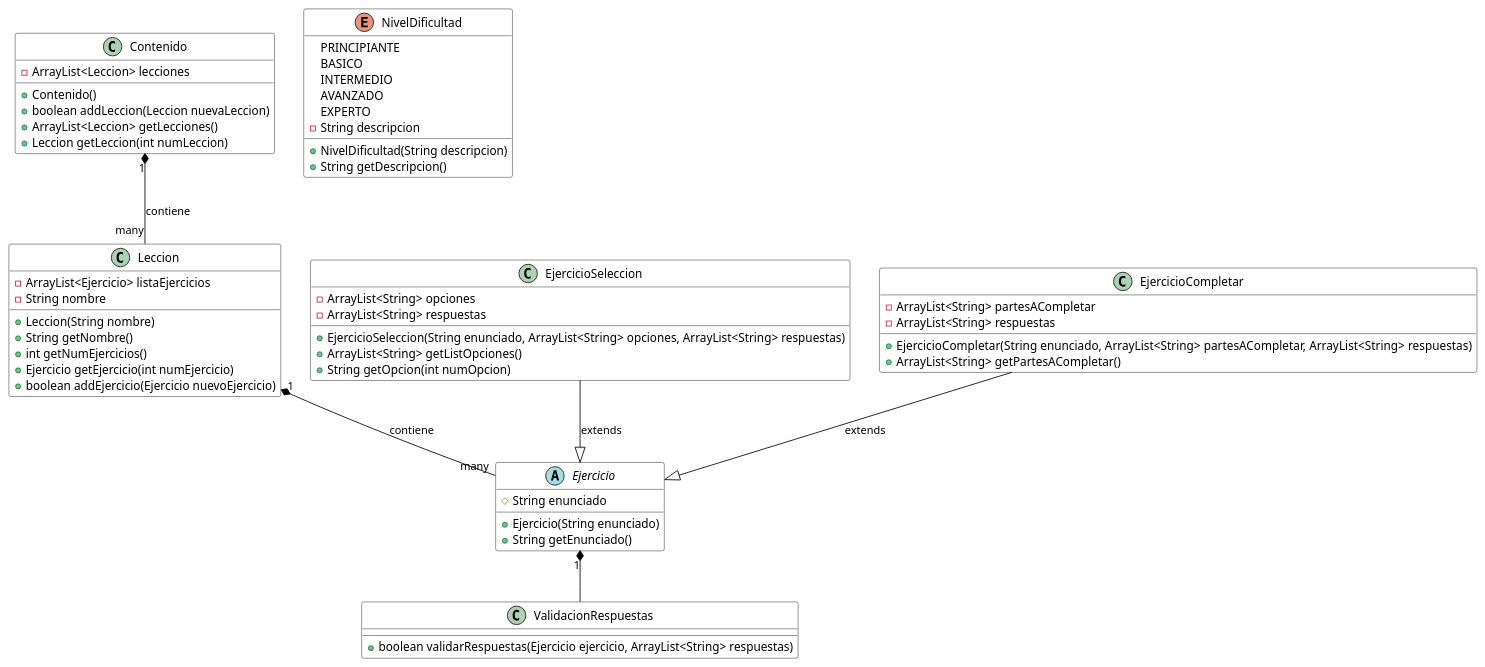
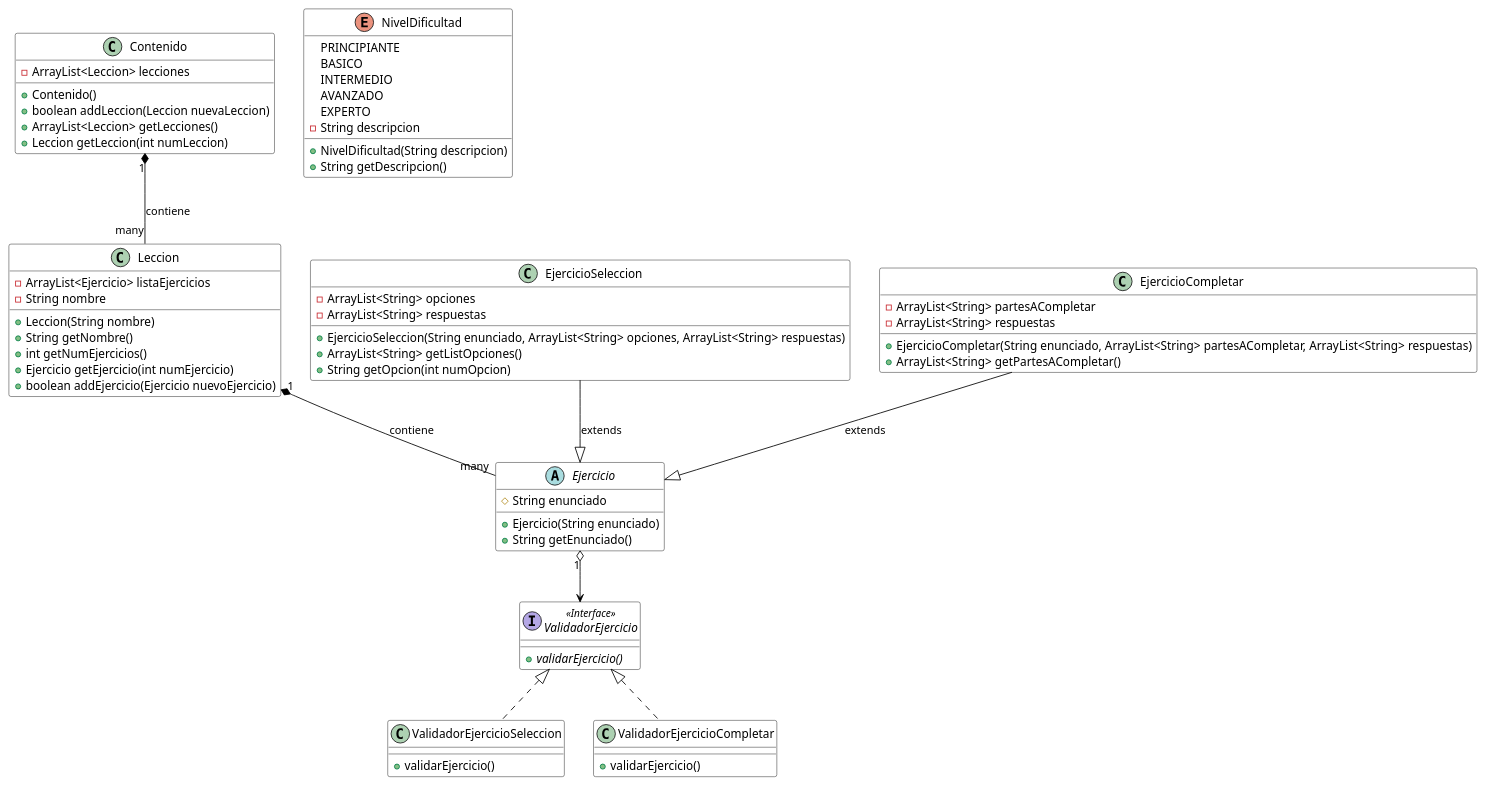
Before and after one commit to FernandoHuilca/HelloCode_Software: the diagram in src/EjerciciosIteractivos_Modulo/Diagramas/DiagramaDeClasesPrimeraNoche.puml, drawn with PlantUML. The commit also changed 16 other files, not shown here.

```diff
--- a/src/EjerciciosIteractivos_Modulo/Diagramas/DiagramaDeClasesPrimeraNoche.puml
+++ b/src/EjerciciosIteractivos_Modulo/Diagramas/DiagramaDeClasesPrimeraNoche.puml
@@ -1,71 +1,82 @@
 @startuml DiagramaDeClasesPrimeraNoche
 
 ' Estilos
 skinparam class {
     BackgroundColor White
     BorderColor Black
     ArrowColor Black
 }
 
 ' Clases principales
 class Contenido {
     - ArrayList<Leccion> lecciones
     + Contenido()
     + boolean addLeccion(Leccion nuevaLeccion)
     + ArrayList<Leccion> getLecciones()
     + Leccion getLeccion(int numLeccion)
 }
 
 class Leccion {
     - ArrayList<Ejercicio> listaEjercicios
     - String nombre
     + Leccion(String nombre)
     + String getNombre()
     + int getNumEjercicios()
     + Ejercicio getEjercicio(int numEjercicio)
     + boolean addEjercicio(Ejercicio nuevoEjercicio)
 }
 
 abstract class Ejercicio {
     # String enunciado
     + Ejercicio(String enunciado)
     + String getEnunciado()
 }
 
 class EjercicioSeleccion {
     - ArrayList<String> opciones
     - ArrayList<String> respuestas
     + EjercicioSeleccion(String enunciado, ArrayList<String> opciones, ArrayList<String> respuestas)
     + ArrayList<String> getListOpciones()
     + String getOpcion(int numOpcion)
 }
 
 class EjercicioCompletar {
     -ArrayList<String> partesACompletar
     -ArrayList<String> respuestas
     + EjercicioCompletar(String enunciado, ArrayList<String> partesACompletar, ArrayList<String> respuestas)
     + ArrayList<String> getPartesACompletar()
 }
-class ValidacionRespuestas{
-    +boolean validarRespuestas(Ejercicio ejercicio, ArrayList<String> respuestas)
-}
 
 enum NivelDificultad {
     PRINCIPIANTE
     BASICO
     INTERMEDIO
     AVANZADO
     EXPERTO
     - String descripcion
     + NivelDificultad(String descripcion)
     + String getDescripcion()
 }
 
+interface ValidadorEjercicio<<Interface>>{
+    + {abstract} validarEjercicio()
+}
+
+class ValidadorEjercicioSeleccion{
+    + validarEjercicio()
+}
+class ValidadorEjercicioCompletar{
+    + validarEjercicio()
+}
+
 ' Relaciones
 Contenido "1" *-- "many" Leccion : contiene
 Leccion "1" *-- "many" Ejercicio : contiene
-Ejercicio "1" *-- ValidacionRespuestas
+Ejercicio "1" o--> ValidadorEjercicio
 EjercicioSeleccion --|> Ejercicio : extends
 EjercicioCompletar --|> Ejercicio : extends
 
+ValidadorEjercicioSeleccion ..u|> ValidadorEjercicio
+ValidadorEjercicioCompletar ..u|> ValidadorEjercicio
+
 @enduml 
```
